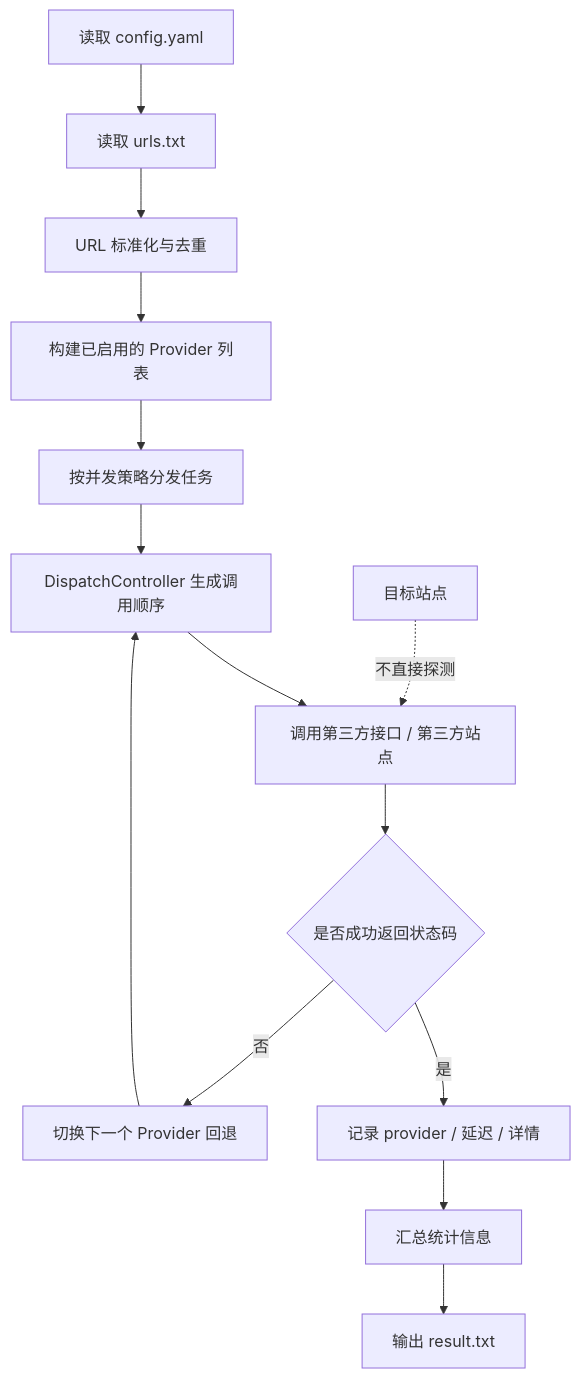
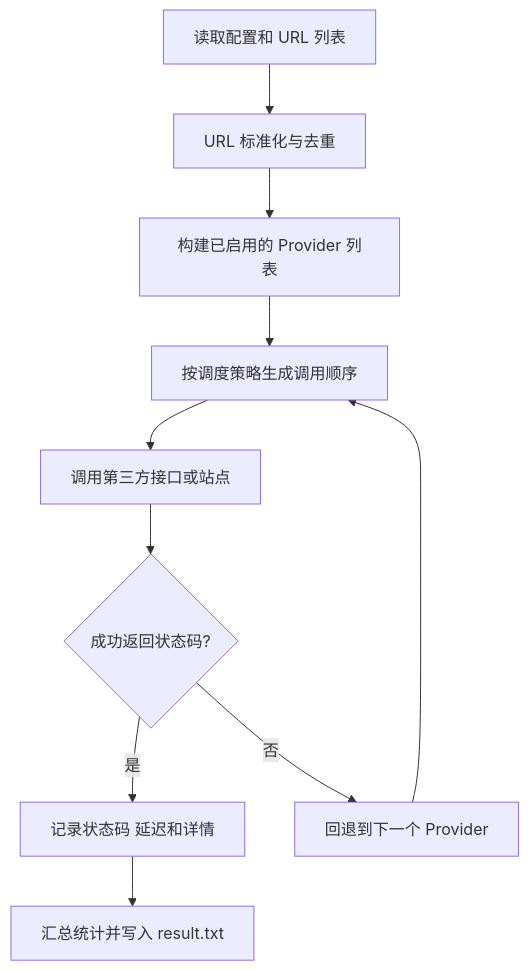
Before and after one commit to systemt1st/CheckUrl: the diagram in README.md, drawn with Mermaid. The commit also changed other lines of this file, not shown here.

Commit message:
Fix README flowchart rendering

````diff
--- a/README.md
+++ b/README.md
@@ -28,17 +28,12 @@
 ```mermaid
 flowchart TD
-    A[读取 config.yaml] --> B[读取 urls.txt]
-    B --> C[URL 标准化与去重]
-    C --> D[构建已启用的 Provider 列表]
-    D --> E[按并发策略分发任务]
-    E --> F[DispatchController 生成调用顺序]
-    F --> G[调用第三方接口 / 第三方站点]
-    G --> H{是否成功返回状态码}
-    H -- 是 --> I[记录 provider / 延迟 / 详情]
-    H -- 否 --> J[切换下一个 Provider 回退]
-    J --> F
-    I --> K[汇总统计信息]
-    K --> L[输出 result.txt]
-
-    M[目标站点] -. 不直接探测 .-> G
+    A[读取配置和 URL 列表] --> B[URL 标准化与去重]
+    B --> C[构建已启用的 Provider 列表]
+    C --> D[按调度策略生成调用顺序]
+    D --> E[调用第三方接口或站点]
+    E --> F{成功返回状态码?}
+    F -->|是| G[记录状态码 延迟和详情]
+    F -->|否| H[回退到下一个 Provider]
+    H --> D
+    G --> I[汇总统计并写入 result.txt]
 ```
````
